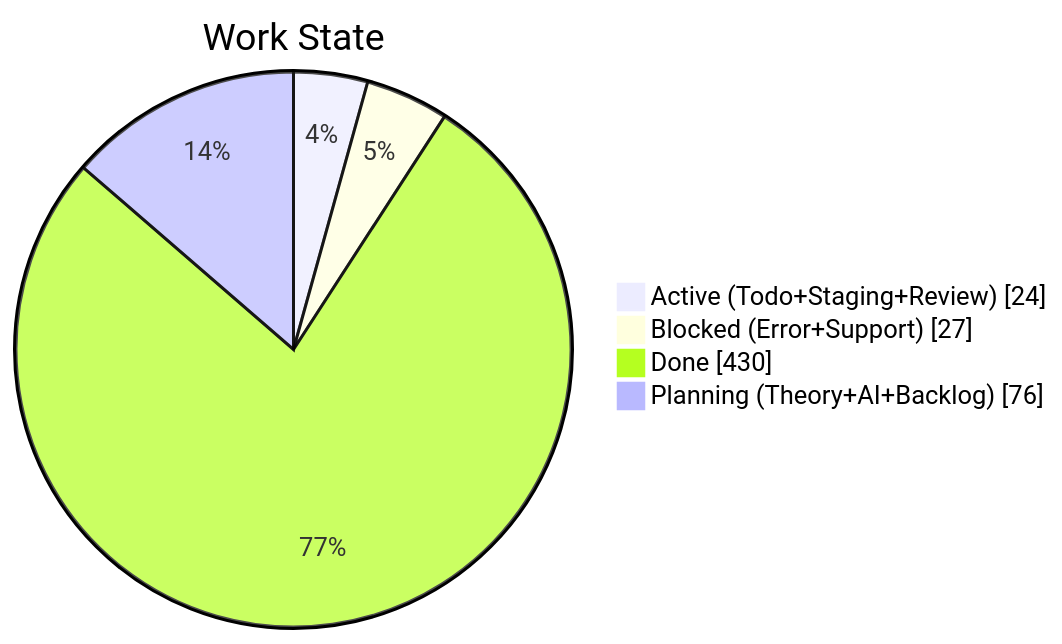
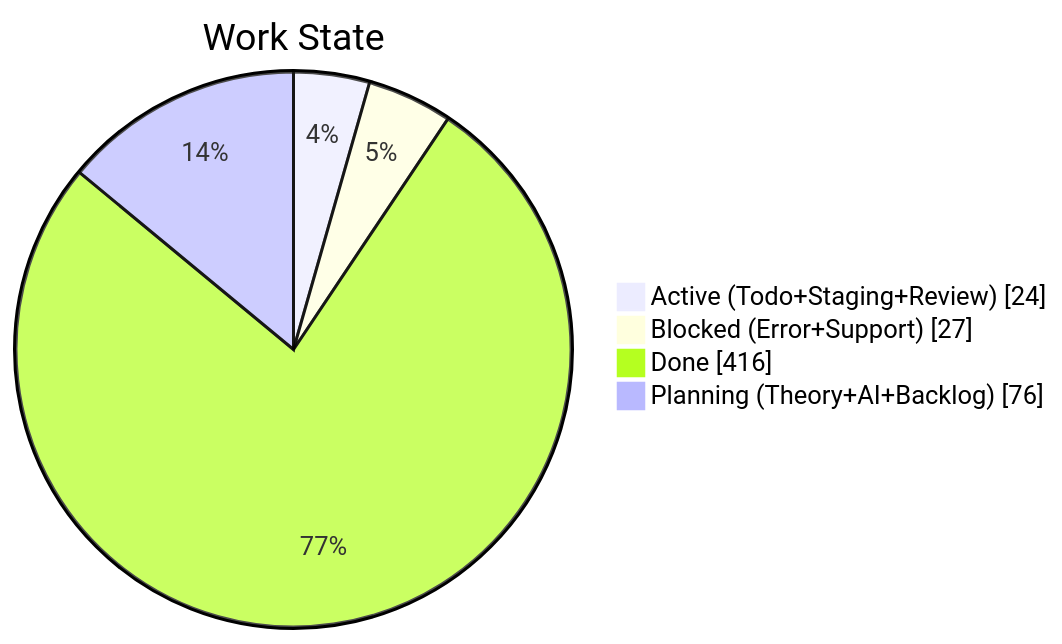
One commit to KBVE/kbve changed the second of 4 diagrams in apps/kbve/astro-kbve/src/content/docs/dashboard/kanban-data.mdx. Above: the diagram before and after it, drawn with Mermaid. The commit also changed other lines of this file and 8 other files, not shown here.

````diff
--- a/apps/kbve/astro-kbve/src/content/docs/dashboard/kanban-data.mdx
+++ b/apps/kbve/astro-kbve/src/content/docs/dashboard/kanban-data.mdx
@@ -68,8 +68,8 @@
 ```mermaid
 pie showData
     title Work State
     "Active (Todo+Staging+Review)" : 24
     "Blocked (Error+Support)" : 27
-    "Done" : 430
+    "Done" : 416
     "Planning (Theory+AI+Backlog)" : 76
 ```
````
